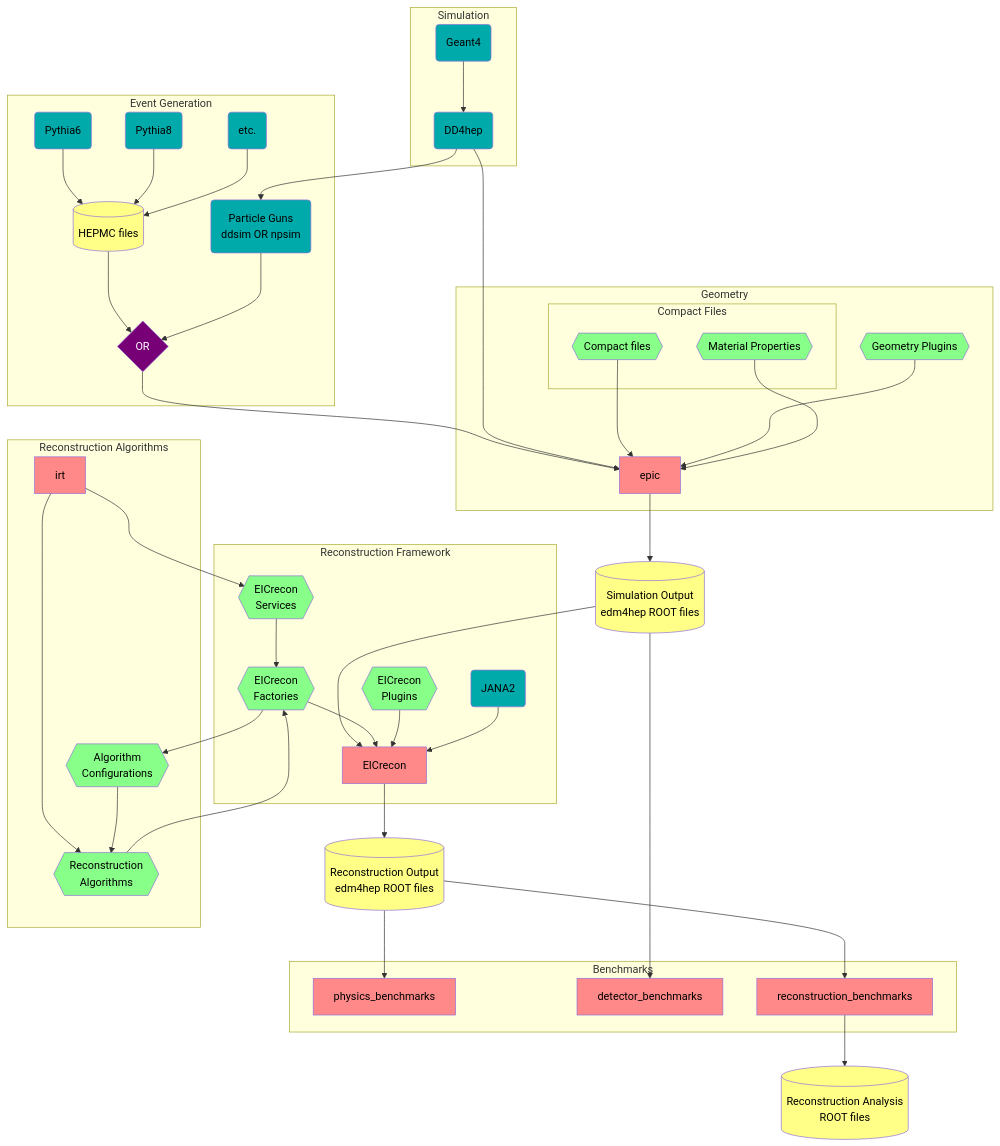
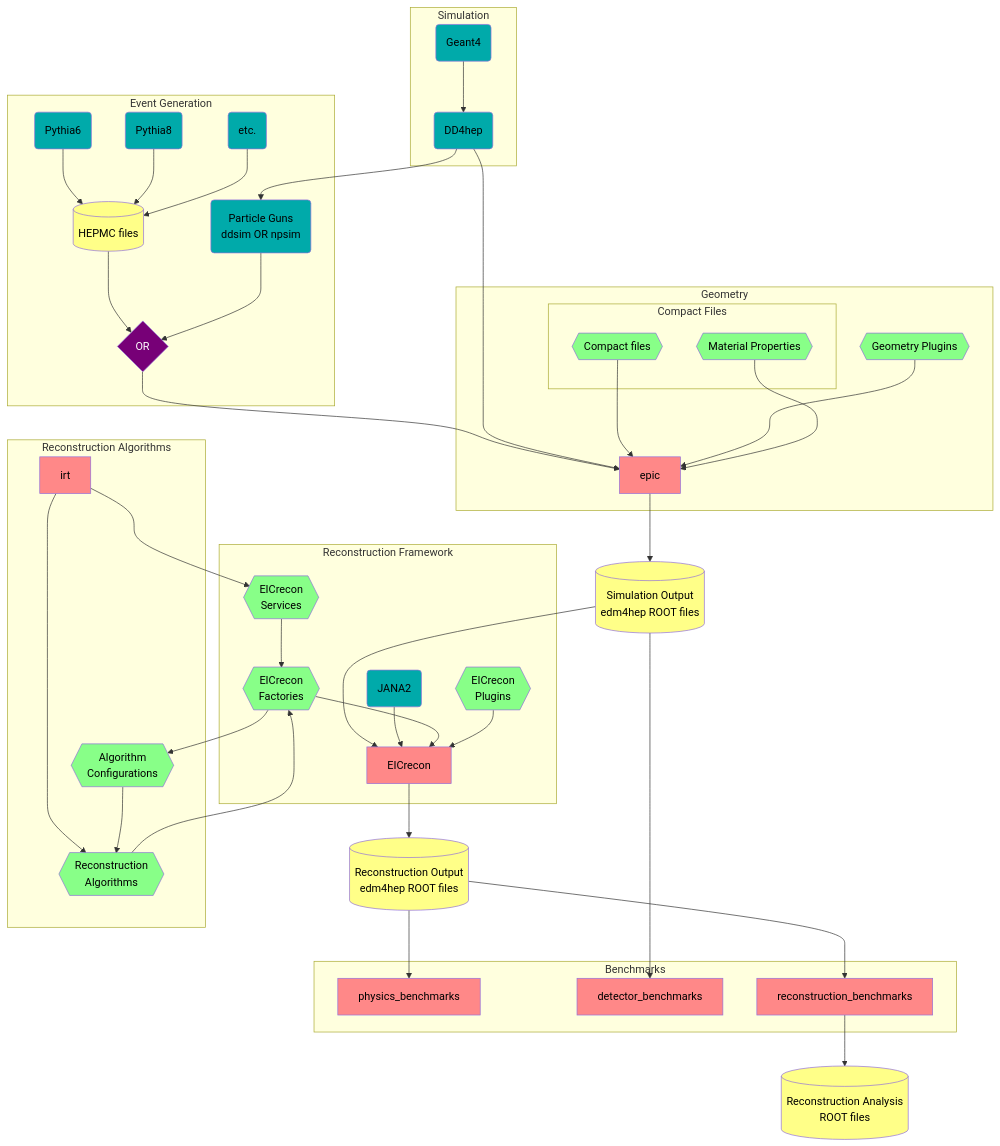
One commit to eic/drich-dev changed the third of 3 diagrams in README.md. Above: the diagram before and after it, drawn with Mermaid. The commit also changed other lines of this file, not shown here.

````diff
--- a/README.md
+++ b/README.md
@@ -228,81 +228,81 @@
 ```mermaid
 flowchart TB
   classDef epic fill:#ff8888,color:black
   classDef dep fill:#00aaaa,color:black
   classDef obj fill:#88ff88,color:black
   classDef data fill:#ffff88,color:black
   classDef op fill:#770077,color:white
 
   subgraph Event Generation
     Pythia6(Pythia6):::dep
     Pythia8(Pythia8):::dep
     OtherGen(etc.):::dep
     Hepmc[(HEPMC files)]:::data
     Gun(Particle Guns<br/>ddsim OR npsim):::dep
     GenOR{OR}:::op
   end
   Pythia6  --> Hepmc
   Pythia8  --> Hepmc
   OtherGen --> Hepmc
   Hepmc    --> GenOR
   Gun      --> GenOR
 
   subgraph Simulation
     DD4hep(DD4hep):::dep
     Geant(Geant4):::dep
   end
   Geant --> DD4hep
 
   subgraph Geometry
     Epic[epic]:::epic
     subgraph Compact Files
       DDCompact{{Compact files}}:::obj
       DDMat{{Material Properties}}:::obj
     end
     DDPlugin{{Geometry Plugins}}:::obj
   end
   SimOut[(Simulation Output<br/>edm4hep ROOT files)]:::data
   DD4hep    --> Gun
   GenOR     --> Epic
   DD4hep    --> Epic
   DDCompact --> Epic
   DDPlugin  --> Epic
   DDMat     --> Epic
   Epic      --> SimOut
 
   subgraph Reconstruction Algorithms
     IRT[irt]:::epic
     RecoAlgorithms{{Reconstruction<br/>Algorithms}}:::obj
     RecoAlgorithmConfigs{{Algorithm<br/>Configurations}}:::obj
   end
   subgraph Reconstruction Framework
     JANA(JANA2):::dep
     EICreconPlugins{{EICrecon<br/>Plugins}}:::obj
     EICreconFactories{{EICrecon<br/>Factories}}:::obj
     EICreconServices{{EICrecon<br/>Services}}:::obj
     EICrecon[EICrecon]:::epic
   end
   RecOut[(Reconstruction Output<br/>edm4hep ROOT files)]:::data
   SimOut               ---> EICrecon
+  JANA                 -->  EICrecon
+  EICreconServices     -->  EICreconFactories
+  EICreconFactories    -->  RecoAlgorithmConfigs
+  EICreconFactories    -->  EICrecon
+  EICreconPlugins      -->  EICrecon
   IRT                  -->  EICreconServices
   IRT                  -->  RecoAlgorithms
   RecoAlgorithmConfigs -->  RecoAlgorithms
-  EICreconServices     -->  EICreconFactories
   RecoAlgorithms       -->  EICreconFactories
-  EICreconFactories    -->  RecoAlgorithmConfigs
-  EICreconFactories    -->  EICrecon
-  EICreconPlugins      -->  EICrecon
-  JANA                 -->  EICrecon
   EICrecon         -->  RecOut
 
   subgraph Benchmarks
     PhysicsBenchmarks[physics_benchmarks]:::epic
     DetectorBenchmarks[detector_benchmarks]:::epic
     ReconstructionBenchmarks[reconstruction_benchmarks]:::epic
   end
   AnaOut[(Reconstruction Analysis<br/>ROOT files)]:::data
   SimOut --> DetectorBenchmarks
   RecOut --> PhysicsBenchmarks
   RecOut --> ReconstructionBenchmarks --> AnaOut
 
 ```
````
